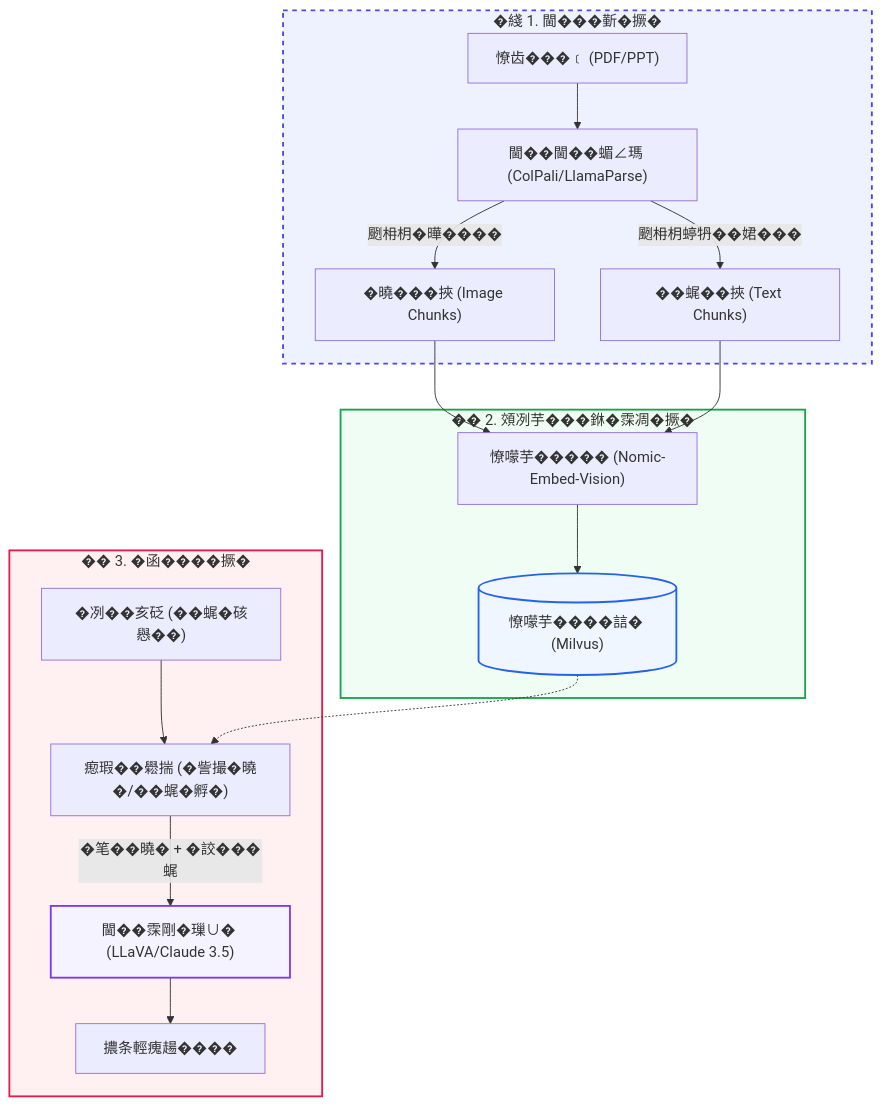
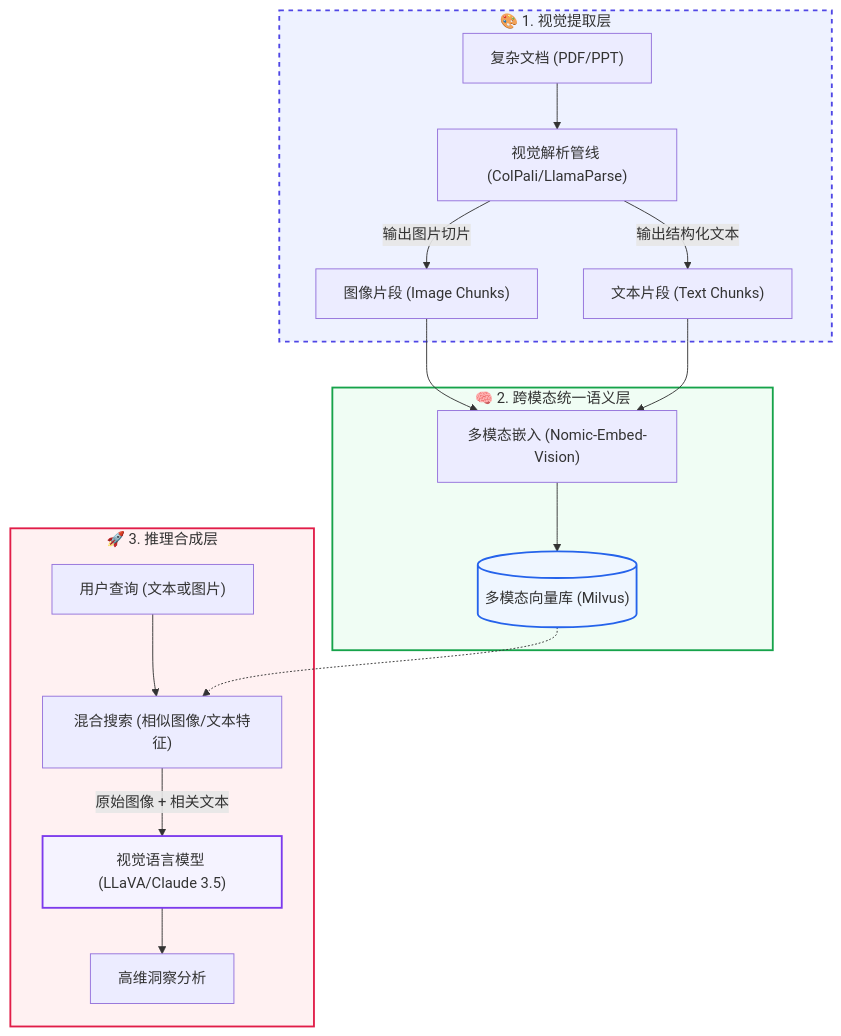
Before and after one commit to wangchong2023/lang-chain-graph: the ninth of 13 diagrams in doc/AI_Knowledge_Roadmap.md, drawn with Mermaid. The commit also changed other lines of this file, not shown here.

Commit message:
docs: update AI knowledge roadmap with new learning resources and milestones

````diff
--- a/doc/AI_Knowledge_Roadmap.md
+++ b/doc/AI_Knowledge_Roadmap.md
@@ -997,28 +799,28 @@
 ```mermaid
 graph TD
-    subgraph VisionLayer ["�綫 1. 閫���𣂼�撅�"]
-        Raw["憭齿���﹝ (PDF/PPT)"] --> Parser["閫��閫��蝞∠瑪 (ColPali/LlamaParse)"]
-        Parser -- "颲枏枂�曄����" --> ImageChunk["�曉���挾 (Image Chunks)"]
-        Parser -- "颲枏枂蝏𤘪��𡝗���" --> TextChunk["��𧋦��挾 (Text Chunks)"]
+    subgraph VisionLayer ["🎨 1. 视觉提取层"]
+        Raw["复杂文档 (PDF/PPT)"] --> Parser["视觉解析管线 (ColPali/LlamaParse)"]
+        Parser -- "输出图片切片" --> ImageChunk["图像片段 (Image Chunks)"]
+        Parser -- "输出结构化文本" --> TextChunk["文本片段 (Text Chunks)"]
     end
     
-    subgraph SemanticLayer ["�� 2. 頝冽芋���銝�霂凋�撅�"]
-        ImageChunk --> VisionEmbed["憭𡁏芋����� (Nomic-Embed-Vision)"]
+    subgraph SemanticLayer ["🧠 2. 跨模态统一语义层"]
+        ImageChunk --> VisionEmbed["多模态嵌入 (Nomic-Embed-Vision)"]
         TextChunk --> VisionEmbed
-        VisionEmbed --> VectorDB[("憭𡁏芋����誩� (Milvus)")]
+        VisionEmbed --> VectorDB[("多模态向量库 (Milvus)")]
     end
     
-    subgraph ReasoningLayer ["�� 3. �函����撅�"]
-        Query["�冽��亥砭 (��𧋦�硋㦛��)"] --> Retrieval["瘛瑕��𦦵揣 (�訾撮�曉�/��𧋦�孵�)"]
+    subgraph ReasoningLayer ["🚀 3. 推理合成层"]
+        Query["用户查询 (文本或图片)"] --> Retrieval["混合搜索 (相似图像/文本特征)"]
         VectorDB -.-> Retrieval
-        Retrieval -- "�笔��曉� + �詨���𧋦" --> VLM["閫��霂剛�璅∪� (LLaVA/Claude 3.5)"]
-        VLM --> Output["擃条輕瘣𧼮����"]
+        Retrieval -- "原始图像 + 相关文本" --> VLM["视觉语言模型 (LLaVA/Claude 3.5)"]
+        VLM --> Output["高维洞察分析"]
     end
 
-    %% �瑕�蝢𤾸�
+    %% 样式美化
     style VisionLayer fill:#eef2ff,stroke:#4f46e5,stroke-width:2px,stroke-dasharray: 5 5
     style SemanticLayer fill:#f0fdf4,stroke:#16a34a,stroke-width:2px
     style ReasoningLayer fill:#fff1f2,stroke:#e11d48,stroke-width:2px
     style VLM fill:#f5f3ff,stroke:#7c3aed,stroke-width:2px
     style VectorDB fill:#eff6ff,stroke:#2563eb,stroke-width:2px
 ```
````
